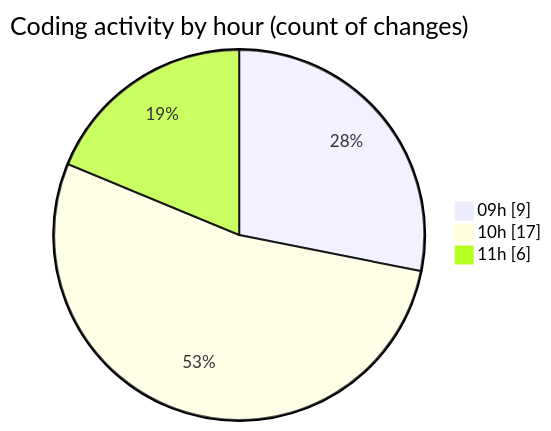
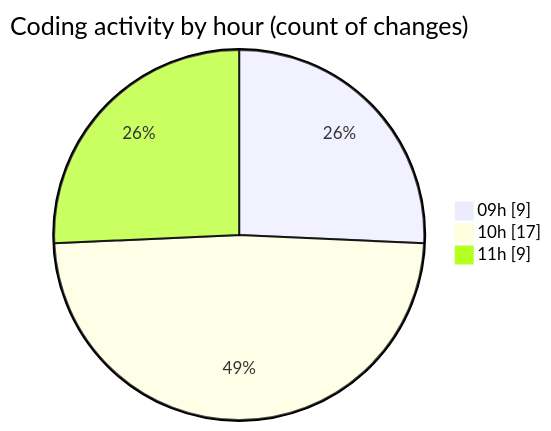
One commit to momahboobian/code-tracking changed the second of 2 diagrams in 2025-05-08/cda/README.md. Above: the diagram before and after it, drawn with Mermaid. The commit also changed other lines of this file and 1 other file, not shown here.

````diff
--- a/2025-05-08/cda/README.md
+++ b/2025-05-08/cda/README.md
@@ -48,7 +48,7 @@
 ```mermaid
 pie showData
 title Coding activity by hour (count of changes)
 "09h" : 9
 "10h" : 17
-"11h" : 6
+"11h" : 9
 ```
````
